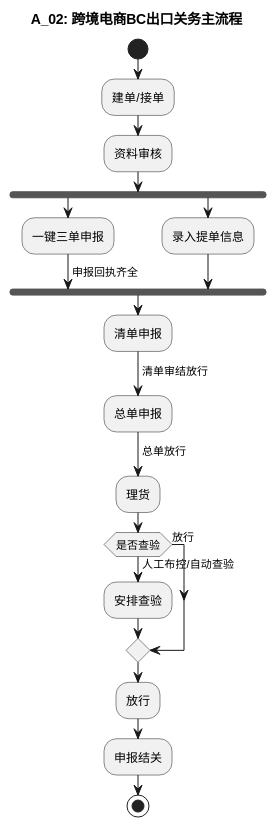
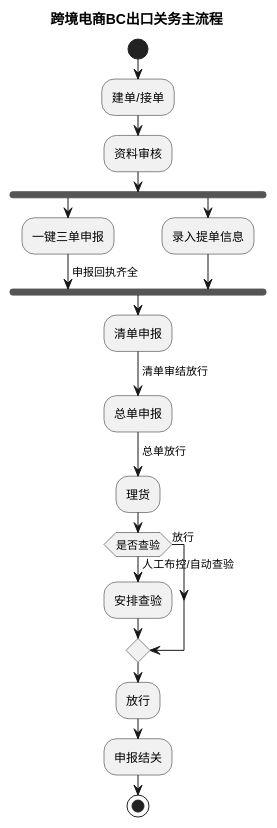
The third of 6 diagrams in product-caliber/goldjet/segmented-prd/mainflow/PRD.高捷物流系统一期.主流程.01.业务模式主流程总览.md (jack888332/projects-doc), drawn with PlantUML before and after one commit. The commit also changed other lines of this file and 59 other files, not shown here.

````diff
--- a/product-caliber/goldjet/segmented-prd/mainflow/PRD.高捷物流系统一期.主流程.01.业务模式主流程总览.md
+++ b/product-caliber/goldjet/segmented-prd/mainflow/PRD.高捷物流系统一期.主流程.01.业务模式主流程总览.md
@@ -95,26 +82,26 @@
 ```plantuml
 @startuml
-title A_02: 跨境电商BC出口关务主流程
+title 跨境电商BC出口关务主流程
 start
 :建单/接单;
 :资料审核;
 fork
   :一键三单申报;
   -> 申报回执齐全;
 fork again
   :录入提单信息;
 end fork
 :清单申报;
 -> 清单审结放行;
 :总单申报;
 -> 总单放行;
 :理货;
 if (是否查验) then (人工布控/自动查验)
   :安排查验;
 else (放行)
 endif
 :放行;
 :申报结关;
 stop
 @enduml
 ```
````
